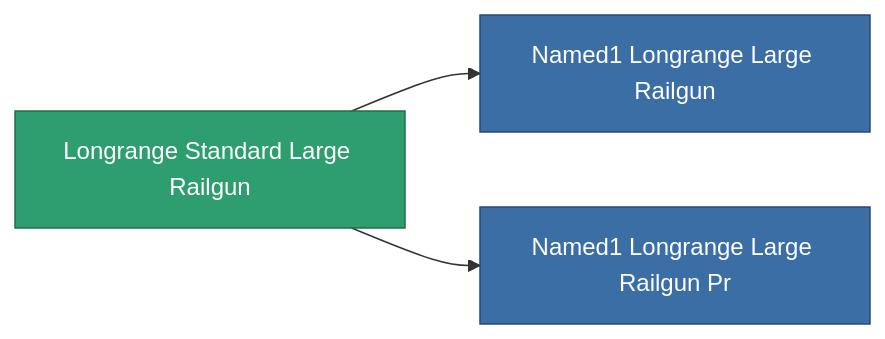
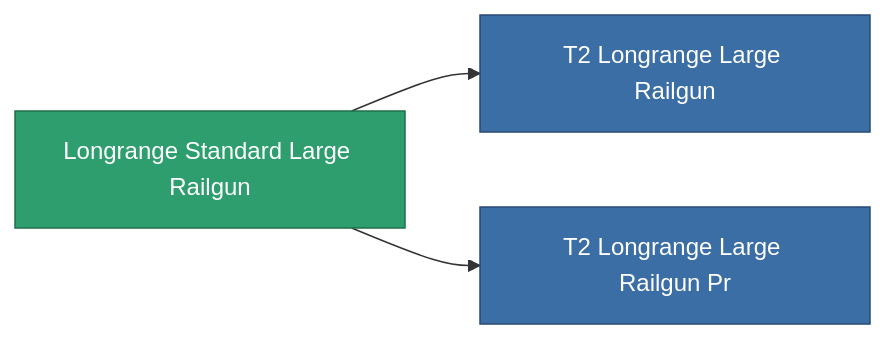
The diagram in content/content/items/longrange_standard_large_railgun.md (OpenPerpetuum/Wiki), drawn with Mermaid before and after one commit. The commit also changed other lines of this file and 4904 other files, not shown here.

````diff
--- a/content/content/items/longrange_standard_large_railgun.md
+++ b/content/content/items/longrange_standard_large_railgun.md
@@ -66,13 +50,13 @@
 ```mermaid
 graph LR
     a["Longrange Standard Large Railgun"]:::current
-    b["Named1 Longrange Large Railgun"]:::prod
+    b["T2 Longrange Large Railgun"]:::prod
     a --> b
-    click b "/content/items/named1-longrange-large-railgun/" "Named1 Longrange Large Railgun"
-    c["Named1 Longrange Large Railgun Pr"]:::prod
+    click b "/content/items/named1-longrange-large-railgun/" "T2 Longrange Large Railgun"
+    c["T2 Longrange Large Railgun Pr"]:::prod
     a --> c
-    click c "/content/items/named1-longrange-large-railgun-pr/" "Named1 Longrange Large Railgun Pr"
+    click c "/content/items/named1-longrange-large-railgun-pr/" "T2 Longrange Large Railgun Pr"
     classDef current fill:#2f9e6f,stroke:#1f6f4a,color:#ffffff
     classDef prod fill:#3b6ea5,stroke:#274a75,color:#ffffff
     classDef more fill:#39445a,stroke:#54658a,color:#d5dbe8
 ```
````
